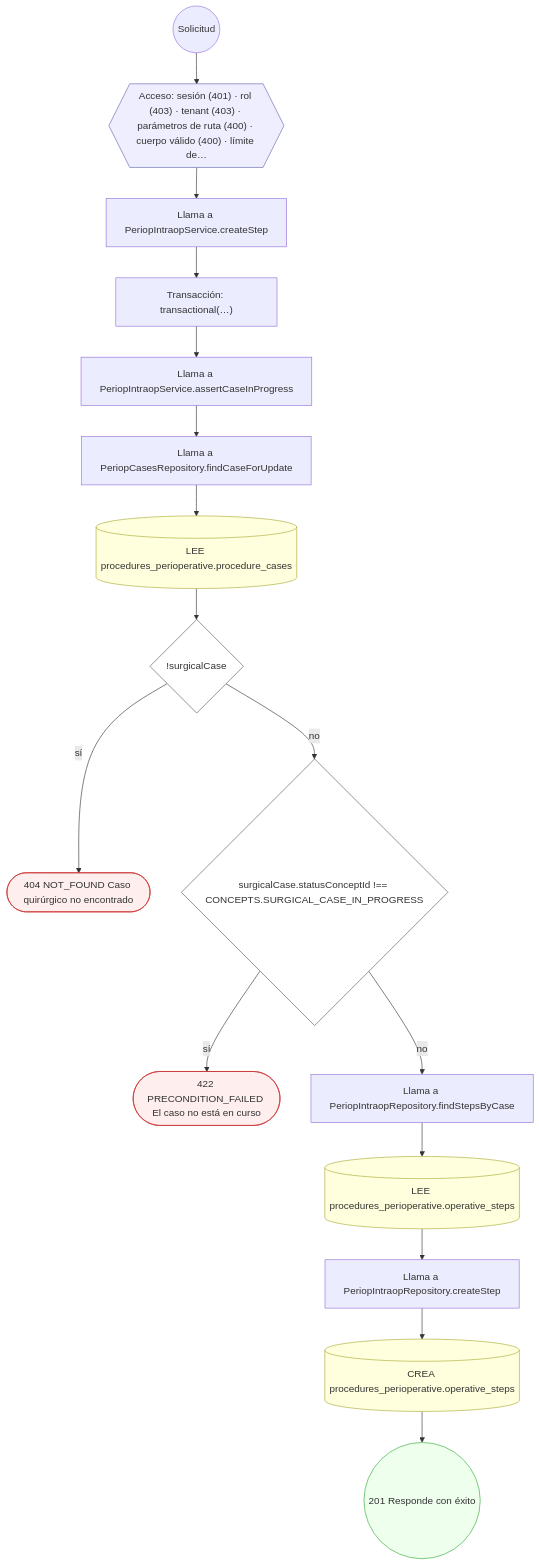
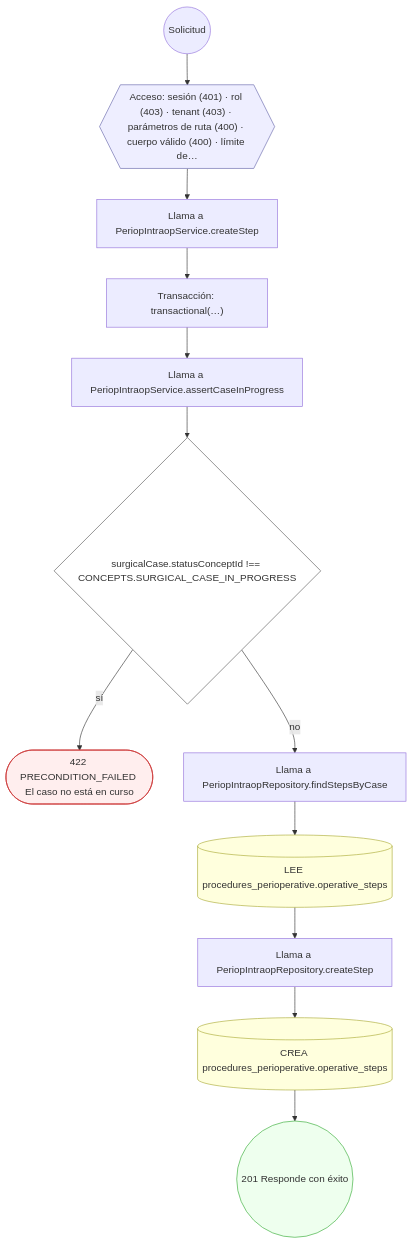
Before and after one commit to mdavila-2001/mantra-core-health-api: diagram 21 of 30 in docs/inventario/flujos/procedures_perioperative.md, drawn with Mermaid. The commit also changed other lines of this file and 438 other files, not shown here.

````diff
--- a/docs/inventario/flujos/procedures_perioperative.md
+++ b/docs/inventario/flujos/procedures_perioperative.md
@@ -1935,40 +1893,32 @@
 ```mermaid
 flowchart TD
   n1(("Solicitud")):::inicio
   n2{{"Acceso: sesión (401) · rol (403) · tenant (403) · parámetros de ruta (400) · cuerpo válido (400) · límite de…"}}:::acceso
   n1 --> n2
   n3["Llama a PeriopIntraopService.createStep"]:::llamada
   n2 --> n3
   n4["Transacción: transactional(…)"]:::transaccion
   n3 --> n4
   n5["Llama a PeriopIntraopService.assertCaseInProgress"]:::llamada
   n4 --> n5
-  n6["Llama a PeriopCasesRepository.findCaseForUpdate"]:::llamada
+  n6{"surgicalCase.statusConceptId !== CONCEPTS.SURGICAL_CASE_IN_PROGRESS"}:::decision
   n5 --> n6
-  n7[("LEE procedures_perioperative.procedure_cases")]:::efecto
-  n6 --> n7
-  n8{"!surgicalCase"}:::decision
-  n7 --> n8
-  n9(["404 NOT_FOUND Caso quirúrgico no encontrado"]):::error
-  n8 -->|"sí"| n9
-  n10{"surgicalCase.statusConceptId !== CONCEPTS.SURGICAL_CASE_IN_PROGRESS"}:::decision
-  n8 -->|"no"| n10
-  n11(["422 PRECONDITION_FAILED El caso no está en curso"]):::error
-  n10 -->|"sí"| n11
-  n12["Llama a PeriopIntraopRepository.findStepsByCase"]:::llamada
-  n10 -->|"no"| n12
-  n13[("LEE procedures_perioperative.operative_steps")]:::efecto
-  n12 --> n13
-  n14["Llama a PeriopIntraopRepository.createStep"]:::llamada
-  n13 --> n14
-  n15[("CREA procedures_perioperative.operative_steps")]:::efecto
-  n14 --> n15
-  n16(("201 Responde con éxito")):::ok
-  n15 --> n16
+  n7(["422 PRECONDITION_FAILED El caso no está en curso"]):::error
+  n6 -->|"sí"| n7
+  n8["Llama a PeriopIntraopRepository.findStepsByCase"]:::llamada
+  n6 -->|"no"| n8
+  n9[("LEE procedures_perioperative.operative_steps")]:::efecto
+  n8 --> n9
+  n10["Llama a PeriopIntraopRepository.createStep"]:::llamada
+  n9 --> n10
+  n11[("CREA procedures_perioperative.operative_steps")]:::efecto
+  n10 --> n11
+  n12(("201 Responde con éxito")):::ok
+  n11 --> n12
   classDef acceso fill:#eef,stroke:#66a
   classDef error fill:#fee,stroke:#c33
   classDef ok fill:#efe,stroke:#3a3
   classDef efecto fill:#ffd,stroke:#aa3
   classDef decision fill:#fff,stroke:#555
   classDef corte fill:#eee,stroke:#999,stroke-dasharray: 4
 ```
````
